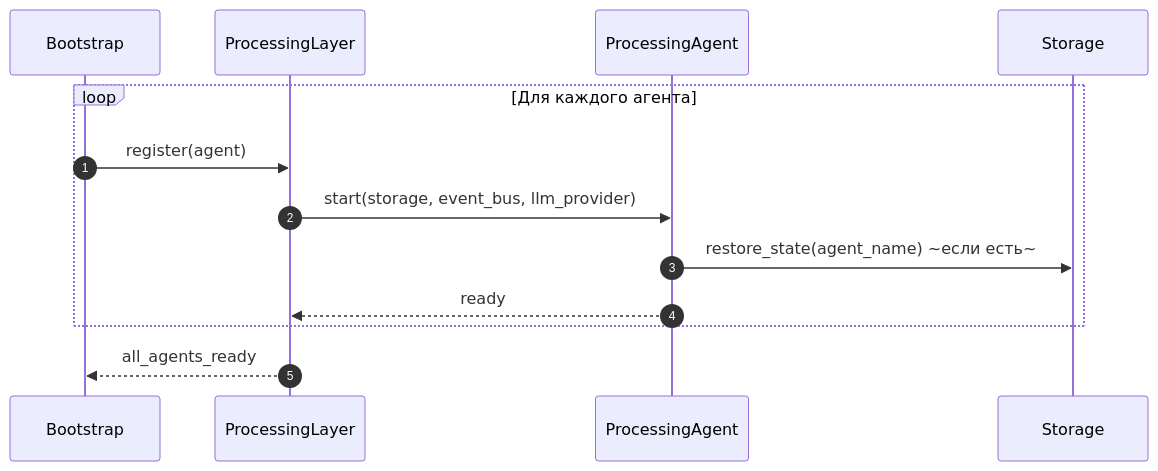
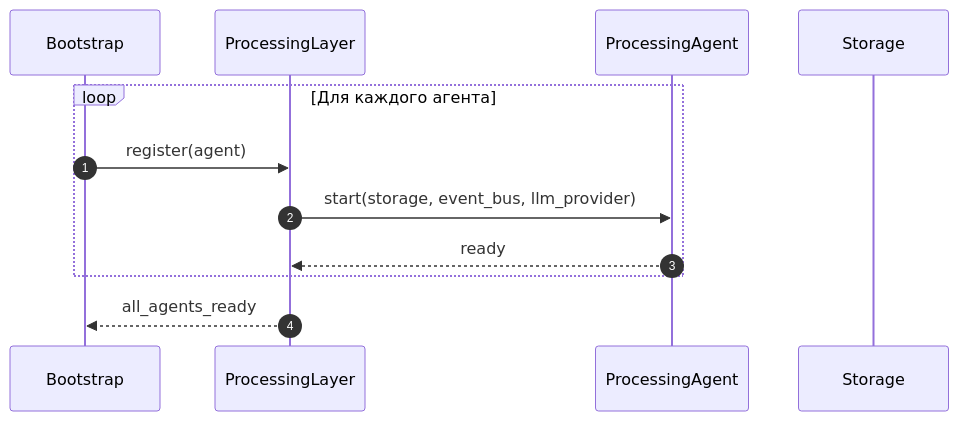
Before and after one commit to Dieugene/team-assistant: the ninth of 15 diagrams in 00_docs/architecture/runtime_architecture.md, drawn with Mermaid. The commit also changed other lines of this file, not shown here.

First line of the commit message:
Update runtime architecture

````diff
--- a/00_docs/architecture/runtime_architecture.md
+++ b/00_docs/architecture/runtime_architecture.md
@@ -321,16 +425,15 @@
 ```mermaid
 sequenceDiagram
     autonumber
     participant Bootstrap as Bootstrap
     participant PL as ProcessingLayer
     participant PA as ProcessingAgent
     participant Storage as Storage
 
     loop Для каждого агента
         Bootstrap->>PL: register(agent)
         PL->>PA: start(storage, event_bus, llm_provider)
-        PA->>Storage: restore_state(agent_name) ~если есть~
         PA-->>PL: ready
     end
     PL-->>Bootstrap: all_agents_ready
 ```
````
